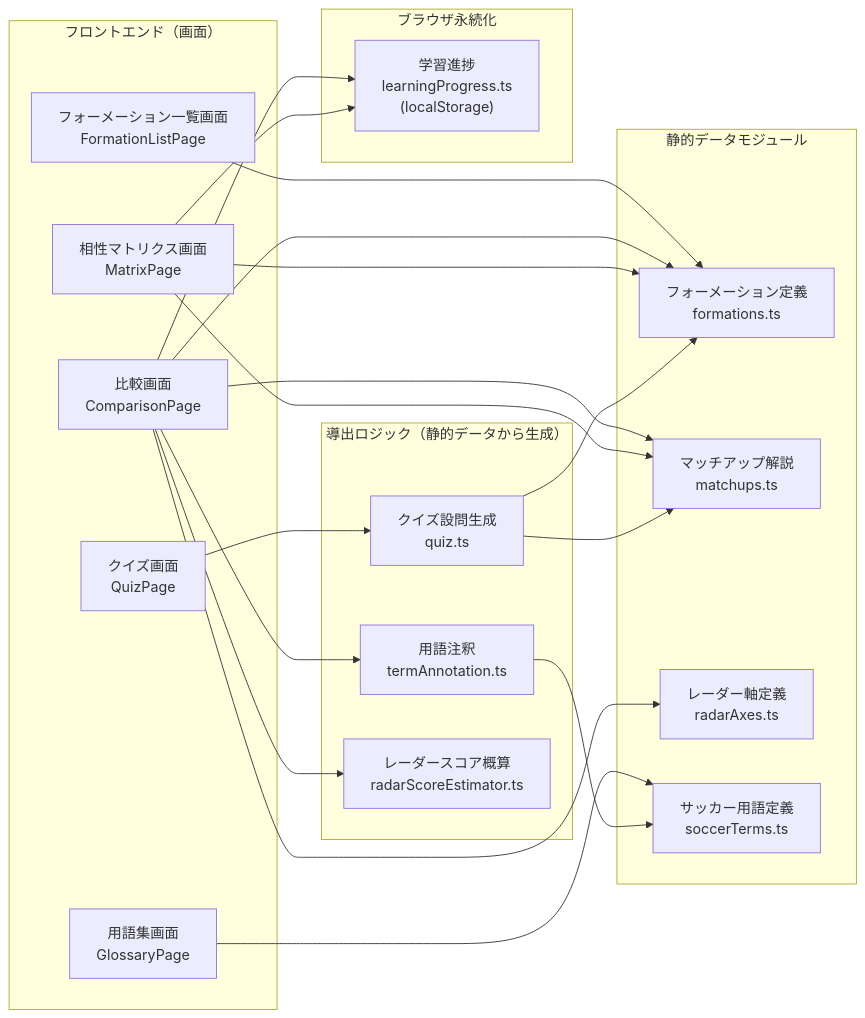
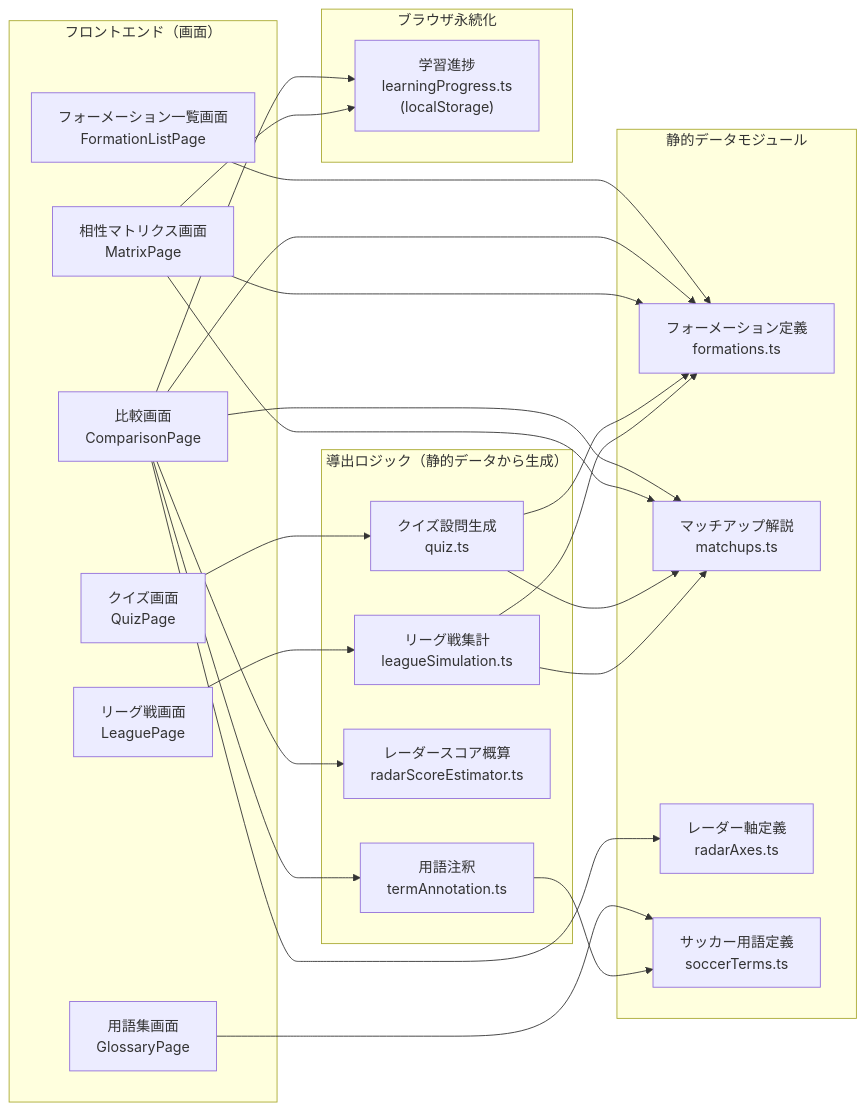
The fourth of 4 diagrams in docs/specs/1_requirements/functional-overview.md (n-yata/soccer-sim), drawn with Mermaid before and after one commit. The commit also changed other lines of this file and 13 other files, not shown here.

````diff
--- a/docs/specs/1_requirements/functional-overview.md
+++ b/docs/specs/1_requirements/functional-overview.md
@@ -302,40 +309,45 @@
 ```mermaid
 flowchart LR
     subgraph FE["フロントエンド（画面）"]
       S1["フォーメーション一覧画面<br/>FormationListPage"]
       S2["比較画面<br/>ComparisonPage"]
       S3["相性マトリクス画面<br/>MatrixPage"]
       S4["用語集画面<br/>GlossaryPage"]
       S5["クイズ画面<br/>QuizPage"]
+      S6["リーグ戦画面<br/>LeaguePage"]
     end
     subgraph DATA["静的データモジュール"]
       D1["フォーメーション定義<br/>formations.ts"]
       D2["マッチアップ解説<br/>matchups.ts"]
       D3["レーダー軸定義<br/>radarAxes.ts"]
       D4["サッカー用語定義<br/>soccerTerms.ts"]
     end
     subgraph DERIVED["導出ロジック（静的データから生成）"]
       L1["用語注釈<br/>termAnnotation.ts"]
       L2["クイズ設問生成<br/>quiz.ts"]
       L3["レーダースコア概算<br/>radarScoreEstimator.ts"]
+      L4["リーグ戦集計<br/>leagueSimulation.ts"]
     end
     subgraph STORAGE["ブラウザ永続化"]
       P1["学習進捗<br/>learningProgress.ts<br/>(localStorage)"]
     end
 
     S1 --> D1
     S2 --> D1
     S2 --> D2
     S2 --> D3
     S2 --> L1
     S2 --> L3
     S2 --> P1
     S3 --> D1
     S3 --> D2
     S3 --> P1
     S4 --> D4
     S5 --> L2
+    S6 --> L4
     L1 --> D4
     L2 --> D1
     L2 --> D2
+    L4 --> D1
+    L4 --> D2
 ```
````
